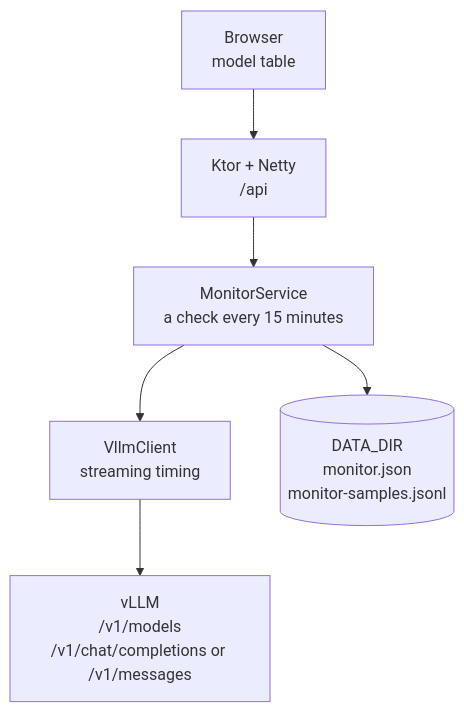
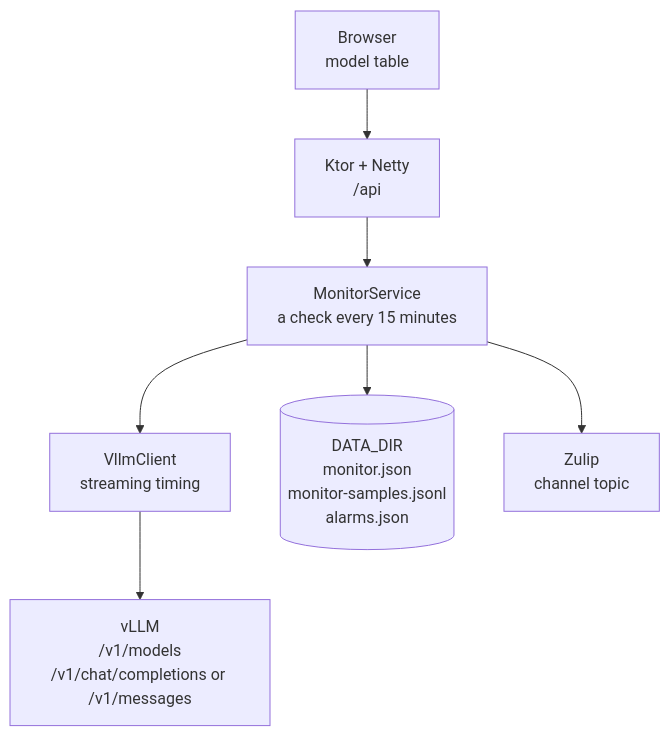
One commit to Hcankaynak/llm-checker changed the diagram in docs/ARCHITECTURE.md. Above: the diagram before and after it, drawn with Mermaid. The commit also changed other lines of this file and 14 other files, not shown here.

First line of the commit message:
Add Zulip alarms for probe threshold crossings

````diff
--- a/docs/ARCHITECTURE.md
+++ b/docs/ARCHITECTURE.md
@@ -5,15 +5,17 @@
 ```mermaid
 flowchart TB
     Browser["Browser<br/>model table"]
     API["Ktor + Netty<br/>/api"]
     Monitor["MonitorService<br/>a check every 15 minutes"]
     Client["VllmClient<br/>streaming timing"]
-    Disk[("DATA_DIR<br/>monitor.json<br/>monitor-samples.jsonl")]
+    Disk[("DATA_DIR<br/>monitor.json<br/>monitor-samples.jsonl<br/>alarms.json")]
     VLLM["vLLM<br/>/v1/models<br/>/v1/chat/completions or /v1/messages"]
+    Zulip["Zulip<br/>channel topic"]
 
     Browser --> API
     API --> Monitor
     Monitor --> Client
     Monitor --> Disk
     Client --> VLLM
+    Monitor --> Zulip
 ```
````
